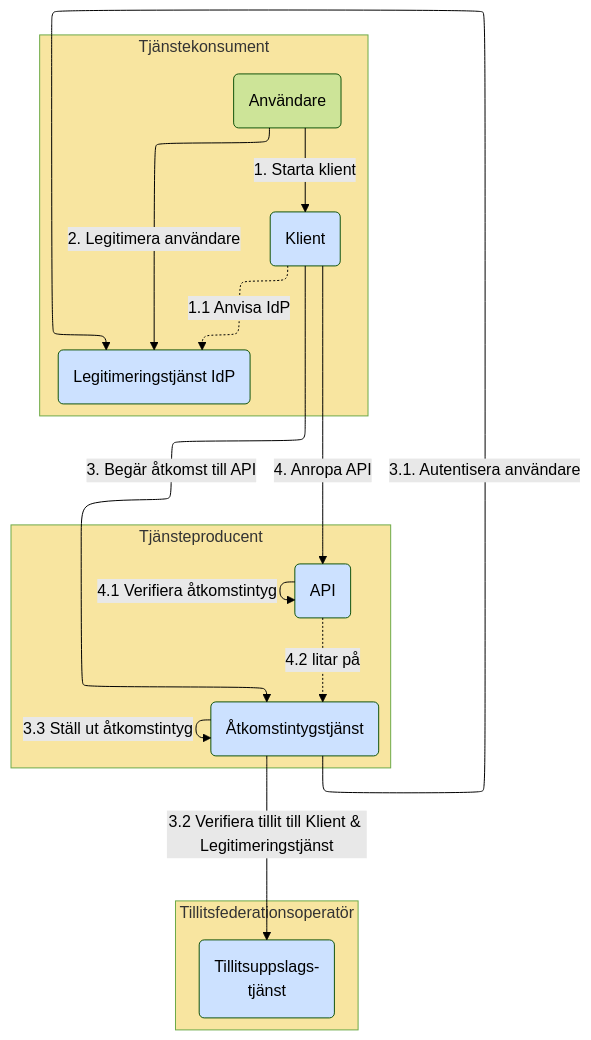
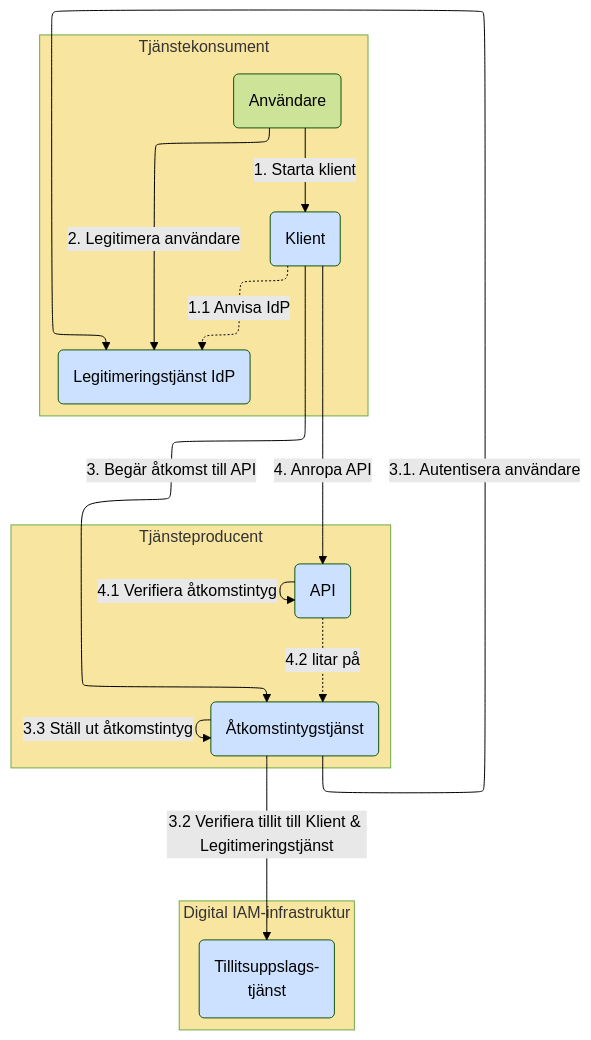
One commit to diggsweden/ena-authorization changed the fifth of 10 diagrams in architecture/drafts/IAM_TargetArchitecture_Sweden.md. Above: the diagram before and after it, drawn with Mermaid (forest theme). The commit also changed other lines of this file, not shown here.

Commit message:
Uppdaterat till digital IAM-infrastruktur i bilder

````diff
--- a/architecture/drafts/IAM_TargetArchitecture_Sweden.md
+++ b/architecture/drafts/IAM_TargetArchitecture_Sweden.md
@@ -168,36 +168,36 @@
 ```mermaid
 %%{init: {"flowchart": {"defaultRenderer": "elk"}} }%%
 graph 
 classDef org fill:#F8E5A0
 classDef comp fill:#CCE1FF
 classDef box fill:#ffffff,stroke:#000000
 
 subgraph po[Tjänsteproducent]
     p(API):::comp
     as(Åtkomstintygstjänst):::comp
 end
 po:::org
 
-subgraph ss[Tillitsfederationsoperatör]
+subgraph ss[Digital IAM-infrastruktur]
     t(Tillitsuppslags-<br>tjänst):::comp
 end
 ss:::org
 
 subgraph co[Tjänstekonsument]
     idp(Legitimeringstjänst IdP):::comp
     u(Användare)
     c(Klient):::comp
 end
 co:::org
 
 u--<p>1. Starta klient-->c
 c-.1#46;1 Anvisa IdP.->idp
 u--<p>2. Legitimera användare-->idp
 c--<p>3. Begär åtkomst till API-->as
 as--<p>3.1. Autentisera användare-->idp 
 as--<p>3.2 Verifiera tillit till Klient & Legitimeringstjänst-->t
 as--<p>3.3 Ställ ut åtkomstintyg-->as
 c--<p>4. Anropa API-->p
 p--<p>4.1 Verifiera åtkomstintyg-->p
 p-.4#46;2 litar på.->as
 ```
````
